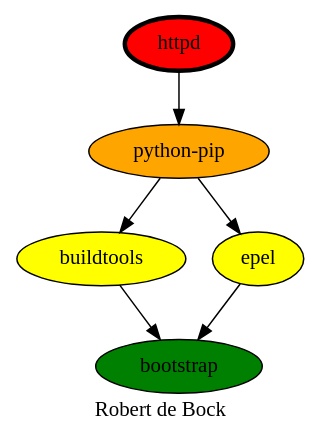
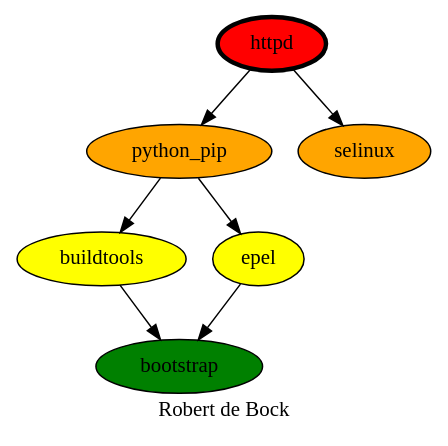
One commit to robertdebock/drawings changed the diagram in httpd.dot. Above: the diagram before and after it, drawn with Graphviz. The commit also changed 2 other files, not shown here.

Commit message:
httpd depends on selinux

```diff
--- a/httpd.dot
+++ b/httpd.dot
@@ -1,14 +1,15 @@
 digraph PhiloDilemma {
   label = "Robert de Bock" ;
   overlap=false
   {
     bootstrap [fillcolor=green style=filled]
     buildtools [fillcolor=yellow style=filled]
     epel [fillcolor=yellow style=filled]
-    "python-pip" [fillcolor=orange style=filled]
+    "python_pip" [fillcolor=orange style=filled]
+    selinux [fillcolor=orange style=filled]
     httpd [fillcolor=red style=filled penwidth=3]
   }
   {buildtools epel} -> bootstrap
-  "python-pip" -> {buildtools epel}
-  httpd -> "python-pip"
+  "python_pip" -> {buildtools epel}
+  httpd -> {"python_pip" selinux}
 }
```
